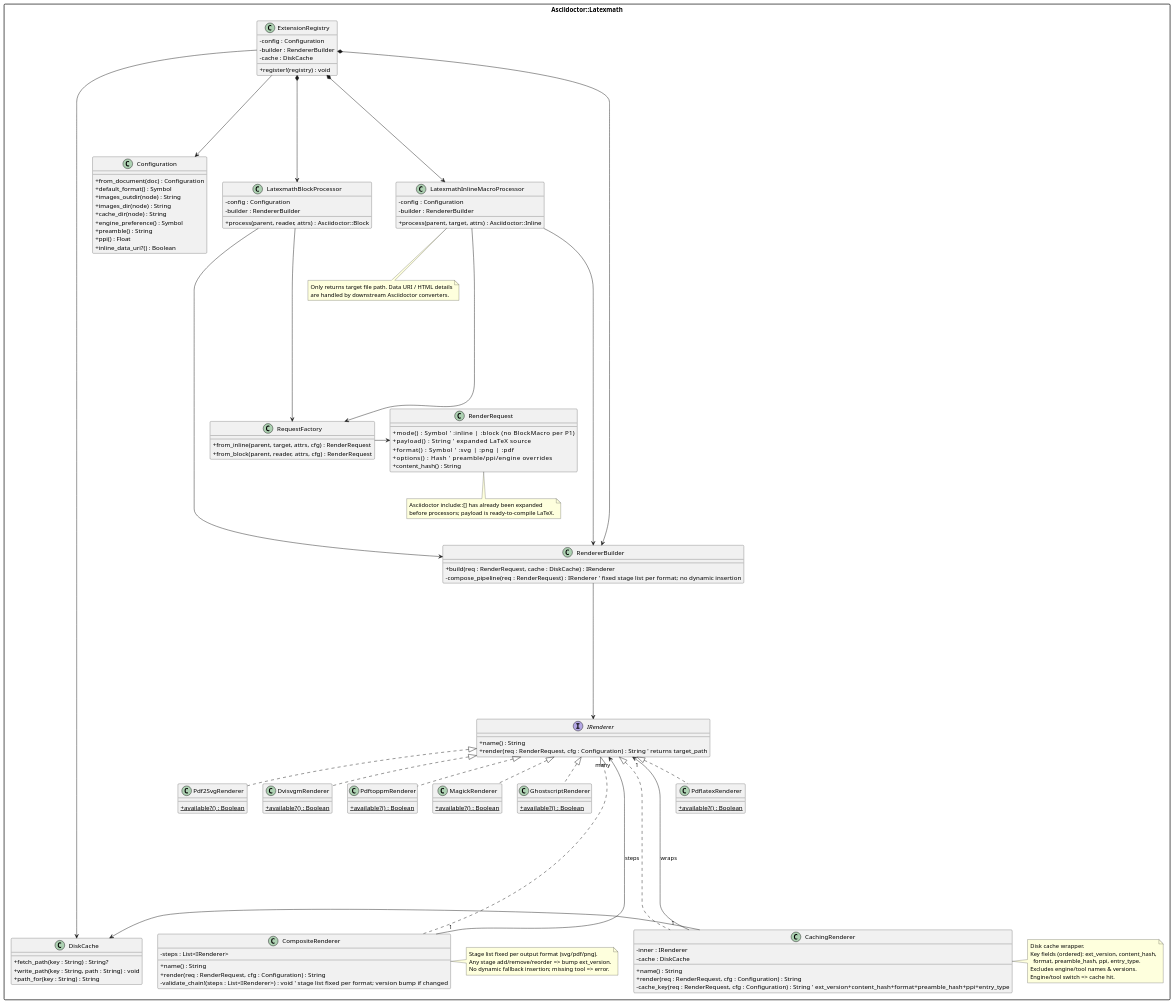
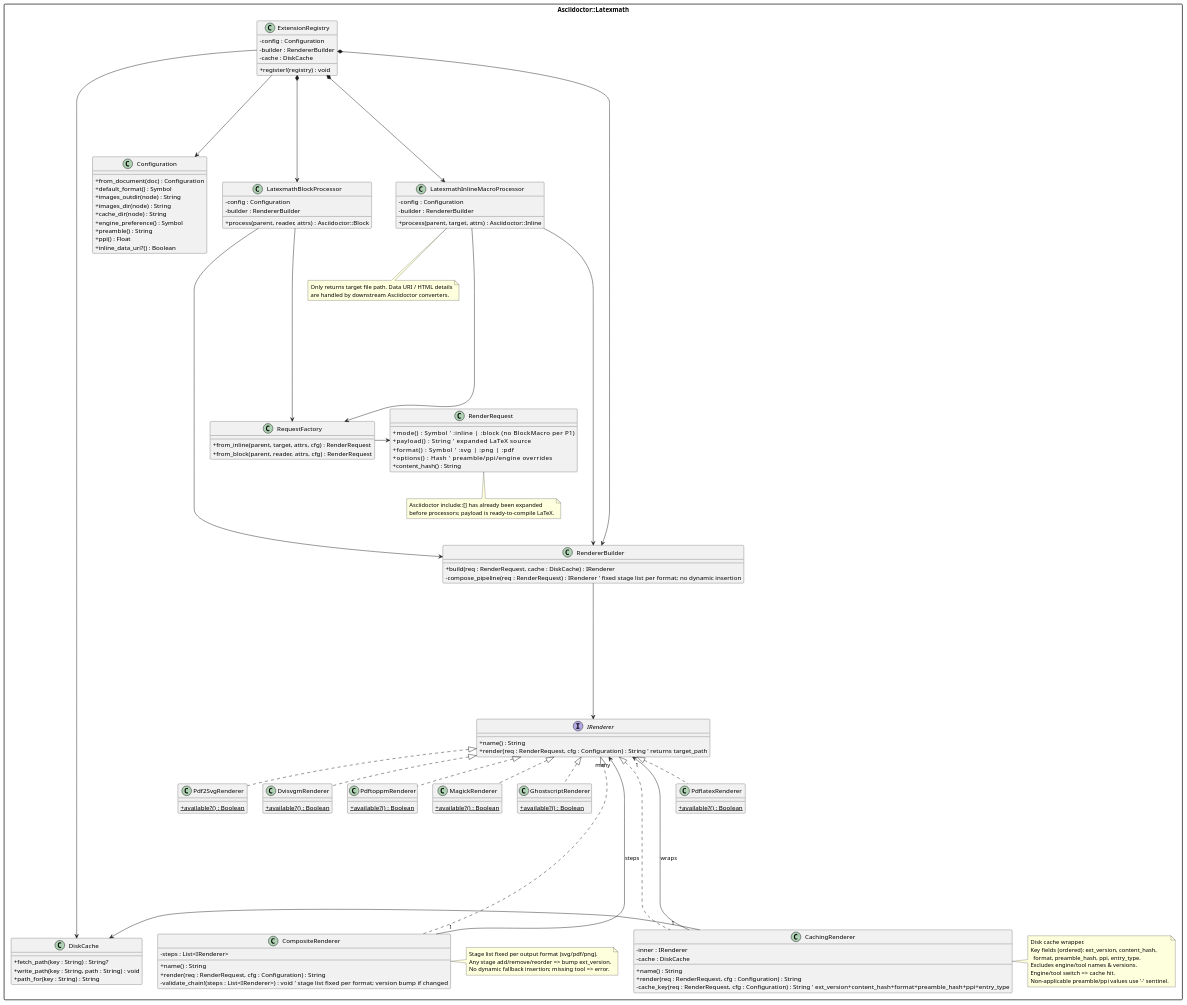
Before and after one commit to hcoona/asciidoctor-latexmath: the diagram in class-digram-v2.plantuml, drawn with PlantUML. The commit also changed 17 other files, not shown here.

```diff
--- a/class-digram-v2.plantuml
+++ b/class-digram-v2.plantuml
@@ -1,177 +1,178 @@
 @startuml asciidoctor-latexmath Class Diagram (Top→Down Layout v2)
 skinparam packageStyle rectangle
 skinparam classAttributeIconSize 0
 top to bottom direction
 
 package "Asciidoctor::Latexmath" {
 
   ' ====== Layer 0: Entry ======
   class ExtensionRegistry {
     +register!(registry) : void
     -config : Configuration
     -builder : RendererBuilder
     -cache : DiskCache
   }
 
   ' ====== Layer 1: Wiring & Config ======
   class Configuration {
     +from_document(doc) : Configuration
     +default_format() : Symbol
     +images_outdir(node) : String
     +images_dir(node) : String
     +cache_dir(node) : String
     +engine_preference() : Symbol
     +preamble() : String
     +ppi() : Float
     +inline_data_uri?() : Boolean
   }
 
   class RendererBuilder {
     +build(req : RenderRequest, cache : DiskCache) : IRenderer
     -compose_pipeline(req : RenderRequest) : IRenderer  ' fixed stage list per format; no dynamic insertion
   }
 
   class DiskCache {
     +fetch_path(key : String) : String?
     +write_path(key : String, path : String) : void
     +path_for(key : String) : String
   }
 
   ' ====== Layer 2: Processors ======
   class LatexmathInlineMacroProcessor {
     +process(parent, target, attrs) : Asciidoctor::Inline
     -config : Configuration
     -builder : RendererBuilder
   }
 
   class LatexmathBlockProcessor {
     +process(parent, reader, attrs) : Asciidoctor::Block
     -config : Configuration
     -builder : RendererBuilder
   }
 
   ' ====== Layer 3: Request ======
   class RequestFactory {
     +from_inline(parent, target, attrs, cfg) : RenderRequest
     +from_block(parent, reader, attrs, cfg) : RenderRequest
   }
 
   class RenderRequest {
     +mode() : Symbol            ' :inline | :block (no BlockMacro per P1)
     +payload() : String         ' expanded LaTeX source
     +format() : Symbol          ' :svg | :png | :pdf
     +options() : Hash           ' preamble/ppi/engine overrides
     +content_hash() : String
   }
 
   ' ====== Layer 4: Renderer Abstractions ======
   interface IRenderer {
     +name() : String
     +render(req : RenderRequest, cfg : Configuration) : String  ' returns target_path
   }
 
   class CompositeRenderer {
     +name() : String
     +render(req : RenderRequest, cfg : Configuration) : String
     -steps : List<IRenderer>
     -validate_chain!(steps : List<IRenderer>) : void  ' stage list fixed per format; version bump if changed
   }
 
   class CachingRenderer {
     +name() : String
     +render(req : RenderRequest, cfg : Configuration) : String
     -inner : IRenderer
     -cache : DiskCache
     -cache_key(req : RenderRequest, cfg : Configuration) : String  ' ext_version+content_hash+format+preamble_hash+ppi+entry_type
   }
 
   ' ====== Layer 5: Concrete Renderers ======
   class PdflatexRenderer {
     {static} +available?() : Boolean
   }
 
   class Pdf2SvgRenderer {
     {static} +available?() : Boolean
   }
 
   class DvisvgmRenderer {
     {static} +available?() : Boolean
   }
 
   class PdftoppmRenderer {
     {static} +available?() : Boolean
   }
 
   class MagickRenderer {
     {static} +available?() : Boolean
   }
 
   class GhostscriptRenderer {
     {static} +available?() : Boolean
   }
 
   ' ====== Hierarchy & Directional Layout ======
 
   ' Composition/ownership from top to lower layers
   ExtensionRegistry *----> RendererBuilder
   ExtensionRegistry *----> LatexmathInlineMacroProcessor
   ExtensionRegistry *----> LatexmathBlockProcessor
 
   ' Registry knows config & cache
   ExtensionRegistry ----> Configuration
   ExtensionRegistry ----> DiskCache
 
   ' Processors depend on Builder
   LatexmathInlineMacroProcessor ----down----> RendererBuilder
   LatexmathBlockProcessor ----down----> RendererBuilder
 
   ' Processors create requests
   LatexmathInlineMacroProcessor ---down---> RequestFactory
   LatexmathBlockProcessor ---down---> RequestFactory
 
   RequestFactory ---right---> RenderRequest
 
   ' Builder produces a Renderer
   RendererBuilder ---down---> IRenderer
 
   ' Implementation relationships (interface above, classes below)
   IRenderer <|.. CompositeRenderer
   IRenderer <|.. CachingRenderer
   IRenderer <|.. PdflatexRenderer
   IRenderer <|.. Pdf2SvgRenderer
   IRenderer <|.. DvisvgmRenderer
   IRenderer <|.. PdftoppmRenderer
   IRenderer <|.. MagickRenderer
   IRenderer <|.. GhostscriptRenderer
 
   ' Renderer compositions/wrapping
   CompositeRenderer "1" ---up---> "many" IRenderer : steps
   CachingRenderer "1" ---up---> "1" IRenderer : wraps
   CachingRenderer ---right---> DiskCache
 
   ' ====== Notes ======
   note right of CompositeRenderer
     Stage list fixed per output format (svg/pdf/png).
     Any stage add/remove/reorder => bump ext_version.
     No dynamic fallback insertion; missing tool => error.
   end note
 
   note right of CachingRenderer
     Disk cache wrapper.
     Key fields (ordered): ext_version, content_hash,
       format, preamble_hash, ppi, entry_type.
     Excludes engine/tool names & versions.
     Engine/tool switch => cache hit.
+    Non-applicable preamble/ppi values use '-' sentinel.
   end note
 
   note bottom of RenderRequest
     Asciidoctor include::[] has already been expanded
     before processors; payload is ready-to-compile LaTeX.
   end note
 
   note bottom of LatexmathInlineMacroProcessor
     Only returns target file path. Data URI / HTML details
     are handled by downstream Asciidoctor converters.
   end note
 }
 @enduml
```
